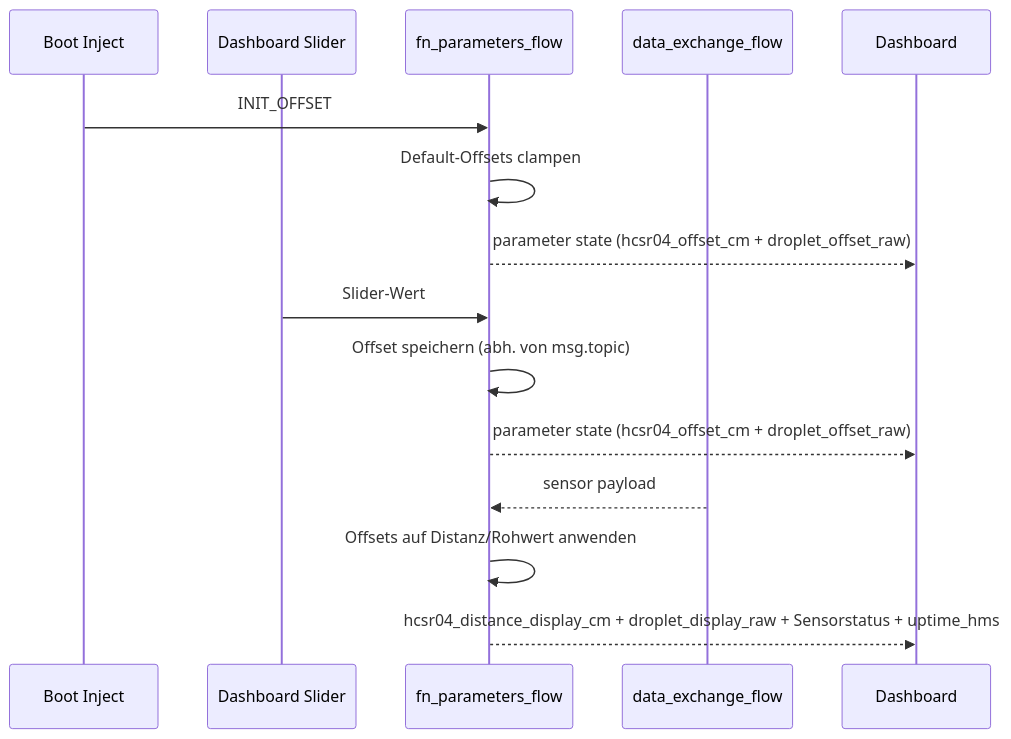
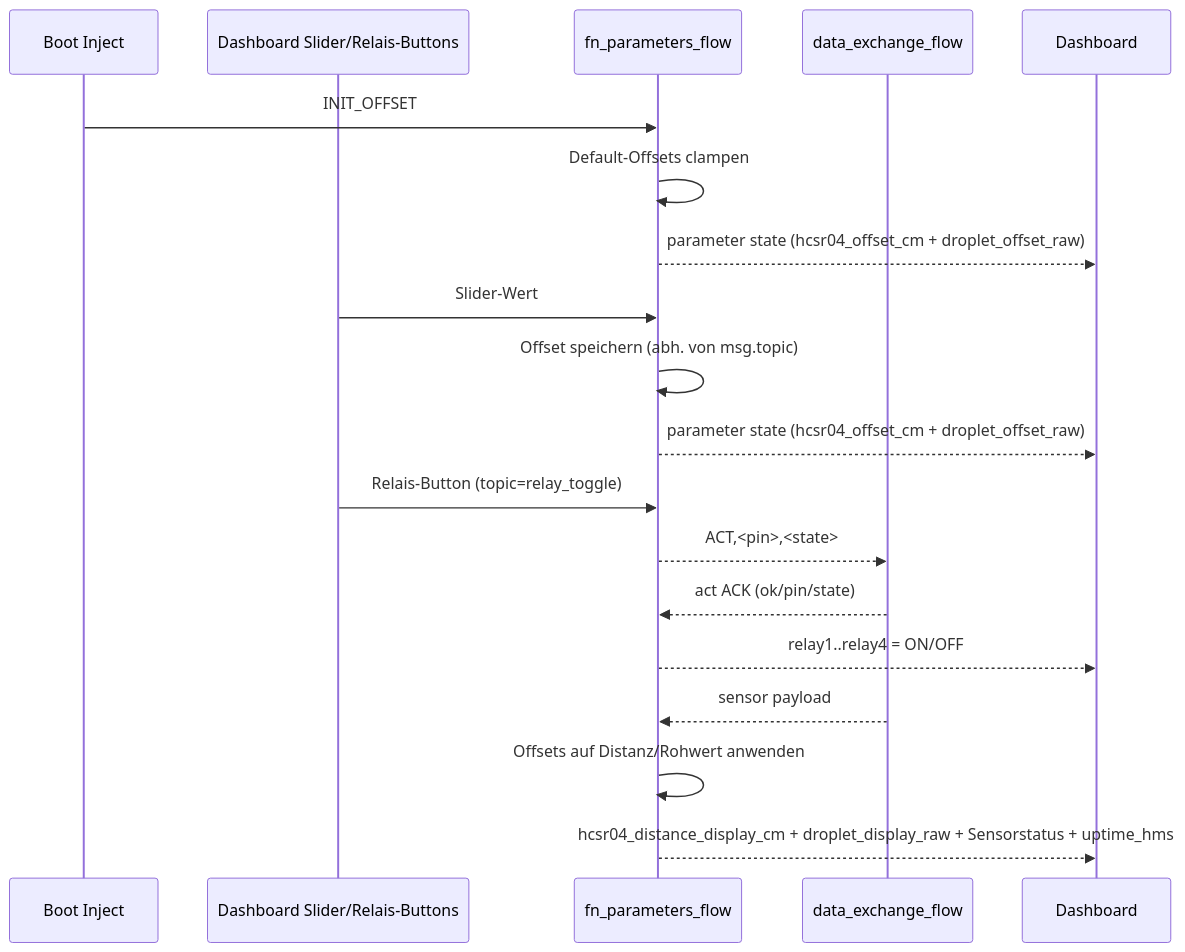
The ninth of 13 diagrams in nodered/flows/FLOW_ARCHITEKTUR_PLAN.md (HerrnDK/Projekt), drawn with Mermaid before and after one commit. The commit also changed other lines of this file and 8 other files, not shown here.

````diff
--- a/nodered/flows/FLOW_ARCHITEKTUR_PLAN.md
+++ b/nodered/flows/FLOW_ARCHITEKTUR_PLAN.md
@@ -193,20 +193,25 @@
 ```mermaid
 sequenceDiagram
   participant Boot as Boot Inject
-  participant UI as Dashboard Slider
+  participant UI as Dashboard Slider/Relais-Buttons
   participant PF as fn_parameters_flow
   participant X as data_exchange_flow
   participant D as Dashboard
 
   Boot->>PF: INIT_OFFSET
   PF->>PF: Default-Offsets clampen
   PF-->>D: parameter state (hcsr04_offset_cm + droplet_offset_raw)
 
   UI->>PF: Slider-Wert
   PF->>PF: Offset speichern (abh. von msg.topic)
   PF-->>D: parameter state (hcsr04_offset_cm + droplet_offset_raw)
 
+  UI->>PF: Relais-Button (topic=relay_toggle)
+  PF-->>X: ACT,<pin>,<state>
+  X-->>PF: act ACK (ok/pin/state)
+  PF-->>D: relay1..relay4 = ON/OFF
+
   X-->>PF: sensor payload
   PF->>PF: Offsets auf Distanz/Rohwert anwenden
   PF-->>D: hcsr04_distance_display_cm + droplet_display_raw + Sensorstatus + uptime_hms
 ```
````
